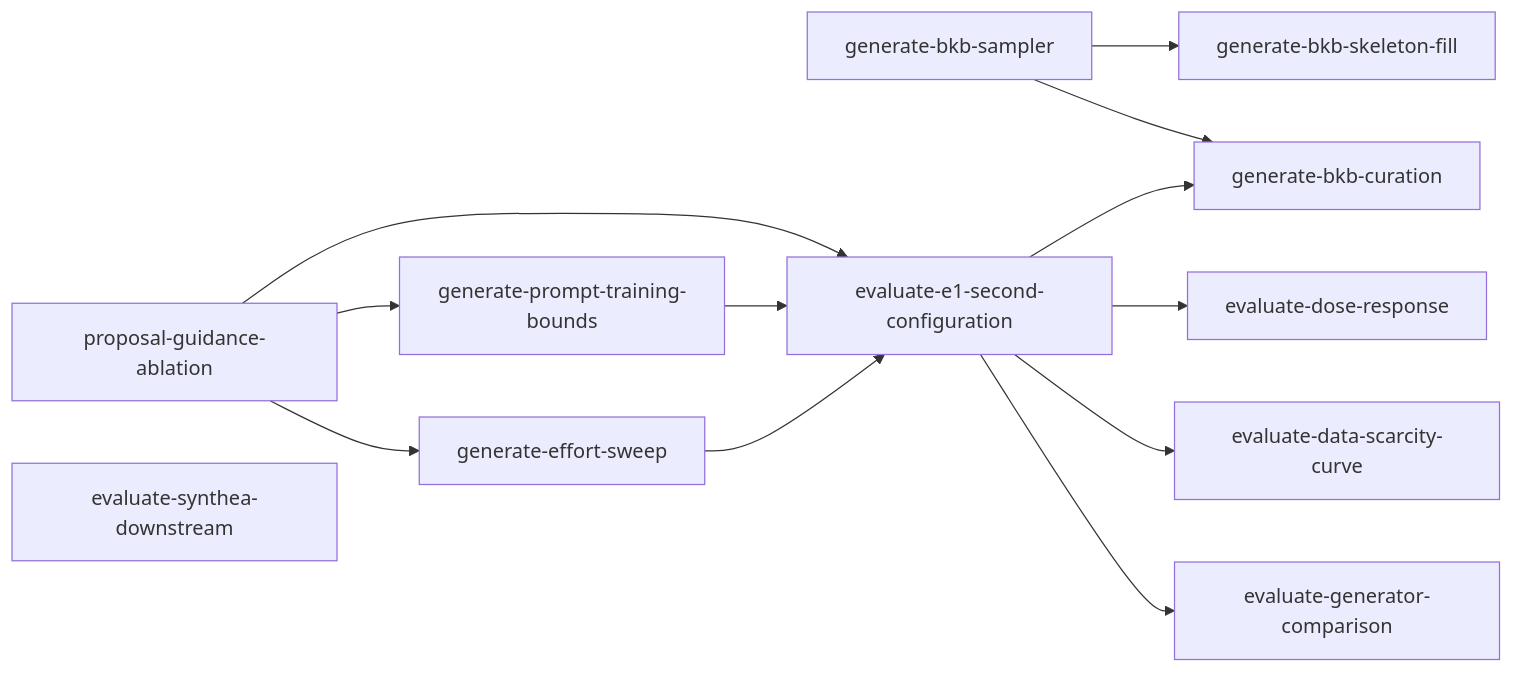
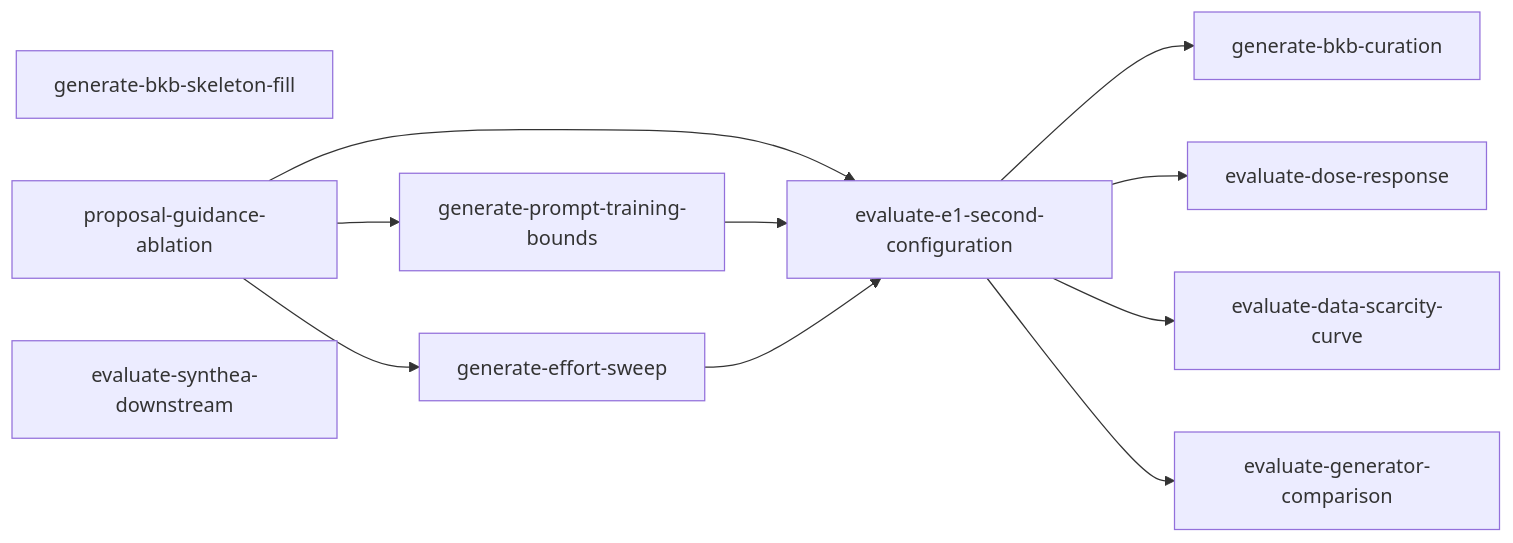
Before and after one commit to joe-dartmouth/synthetic: the diagram in tasks/experiments-index.md, drawn with Mermaid. The commit also changed other lines of this file and 36 other files, not shown here.

````diff
--- a/tasks/experiments-index.md
+++ b/tasks/experiments-index.md
@@ -38,15 +37,14 @@
 ```mermaid
 flowchart LR
-    bkb_sampler[generate-bkb-sampler] --> skeleton_fill[generate-bkb-skeleton-fill]
-    bkb_sampler[generate-bkb-sampler] --> bkb_curation[generate-bkb-curation]
+    skeleton_fill[generate-bkb-skeleton-fill]
     e1_second[evaluate-e1-second-configuration] --> bkb_curation[generate-bkb-curation]
     guidance_ablation[proposal-guidance-ablation] --> e1_second[evaluate-e1-second-configuration]
     guidance_ablation[proposal-guidance-ablation] --> prompt_bounds[generate-prompt-training-bounds]
     guidance_ablation[proposal-guidance-ablation] --> effort_sweep[generate-effort-sweep]
     prompt_bounds[generate-prompt-training-bounds] --> e1_second[evaluate-e1-second-configuration]
     effort_sweep[generate-effort-sweep] --> e1_second[evaluate-e1-second-configuration]
     e1_second[evaluate-e1-second-configuration] --> dose_response[evaluate-dose-response]
     e1_second[evaluate-e1-second-configuration] --> scarcity_curve[evaluate-data-scarcity-curve]
     e1_second[evaluate-e1-second-configuration] --> generator_comparison[evaluate-generator-comparison]
     synthea_downstream[evaluate-synthea-downstream]
 ```
````
